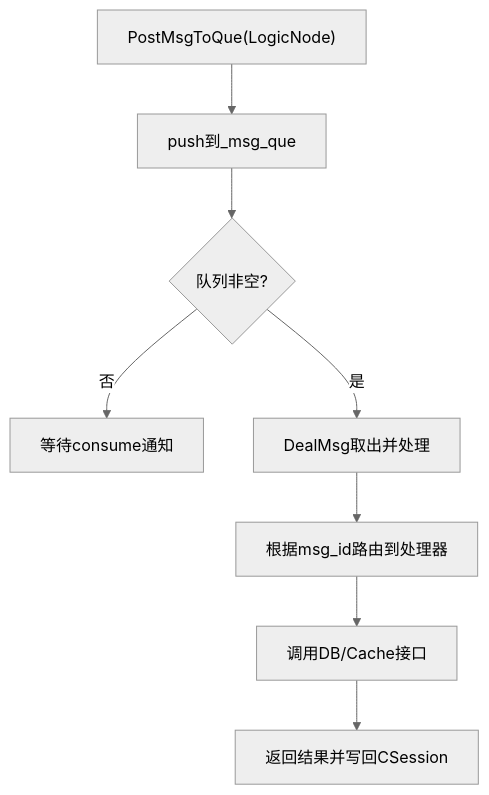
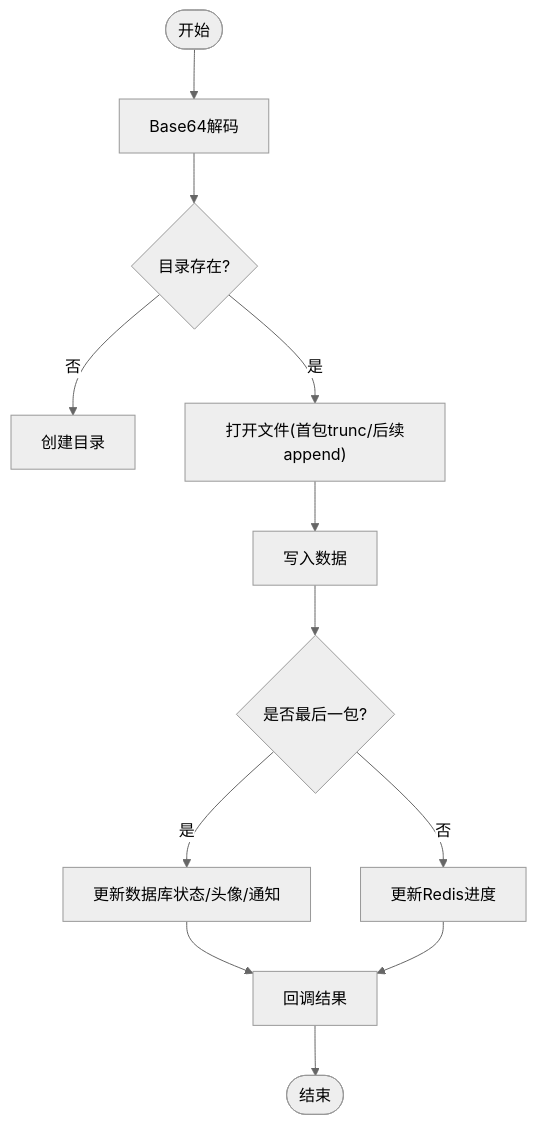
One commit to echo9923/mychatter changed the fifth of 6 diagrams in .qoder/repowiki/zh/content/性能优化/性能优化.md. Above: the diagram before and after it, drawn with Mermaid (neutral theme). The commit also changed other lines of this file and 526 other files, not shown here.

````diff
--- a/.qoder/repowiki/zh/content/性能优化/性能优化.md
+++ b/.qoder/repowiki/zh/content/性能优化/性能优化.md
@@ -287,10 +230,14 @@
 ```mermaid
 flowchart TD
-A["PostMsgToQue(LogicNode)"] --> B["push到_msg_que"]
-B --> C{"队列非空?"}
-C --> |否| D["等待consume通知"]
-C --> |是| E["DealMsg取出并处理"]
-E --> F["根据msg_id路由到处理器"]
-F --> G["调用DB/Cache接口"]
-G --> H["返回结果并写回CSession"]
+Start(["开始"]) --> Decode["Base64解码"]
+Decode --> CheckDir{"目录存在?"}
+CheckDir --> |否| CreateDir["创建目录"]
+CheckDir --> |是| OpenFile["打开文件(首包trunc/后续append)"]
+OpenFile --> Write["写入数据"]
+Write --> Last{"是否最后一包?"}
+Last --> |是| UpdateDB["更新数据库状态/头像/通知"]
+Last --> |否| SaveProgress["更新Redis进度"]
+UpdateDB --> Callback["回调结果"]
+SaveProgress --> Callback
+Callback --> End(["结束"])
 ```
````
